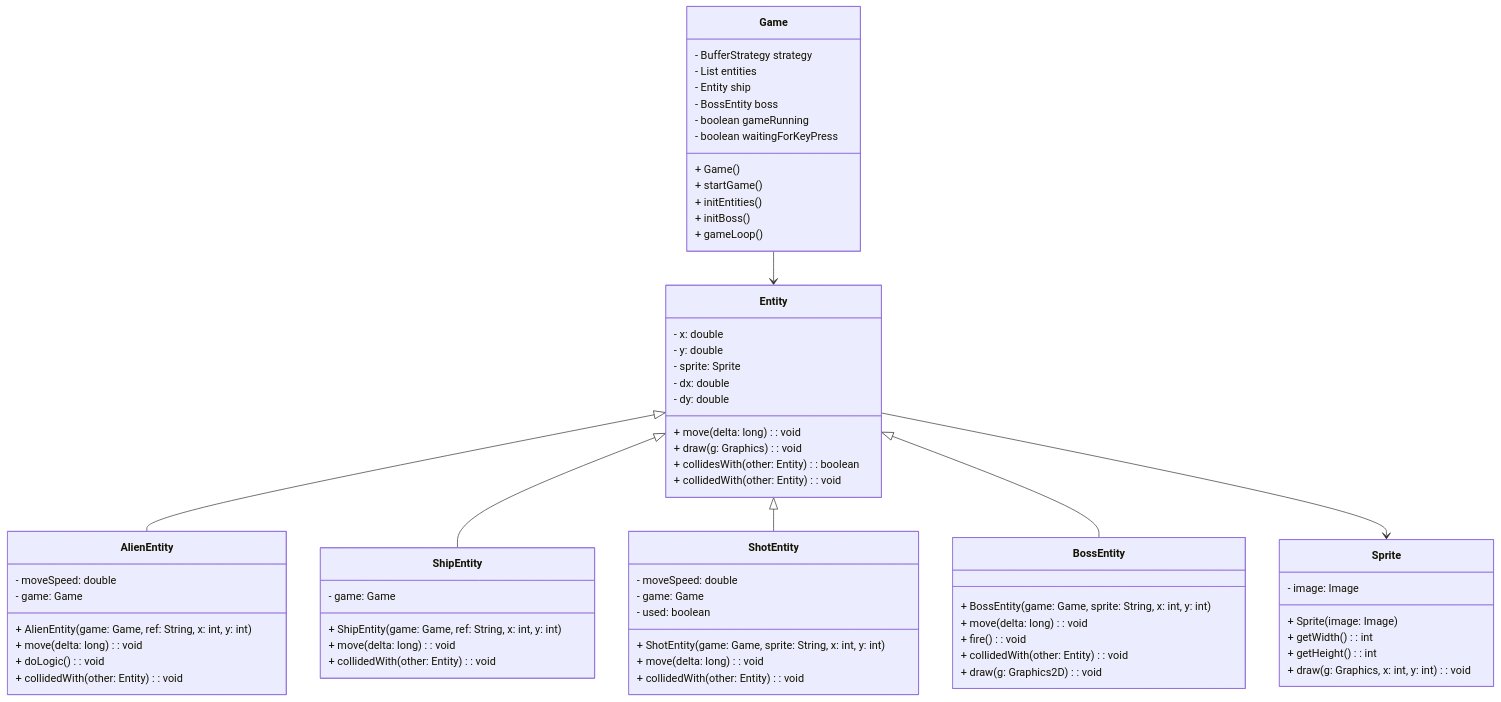
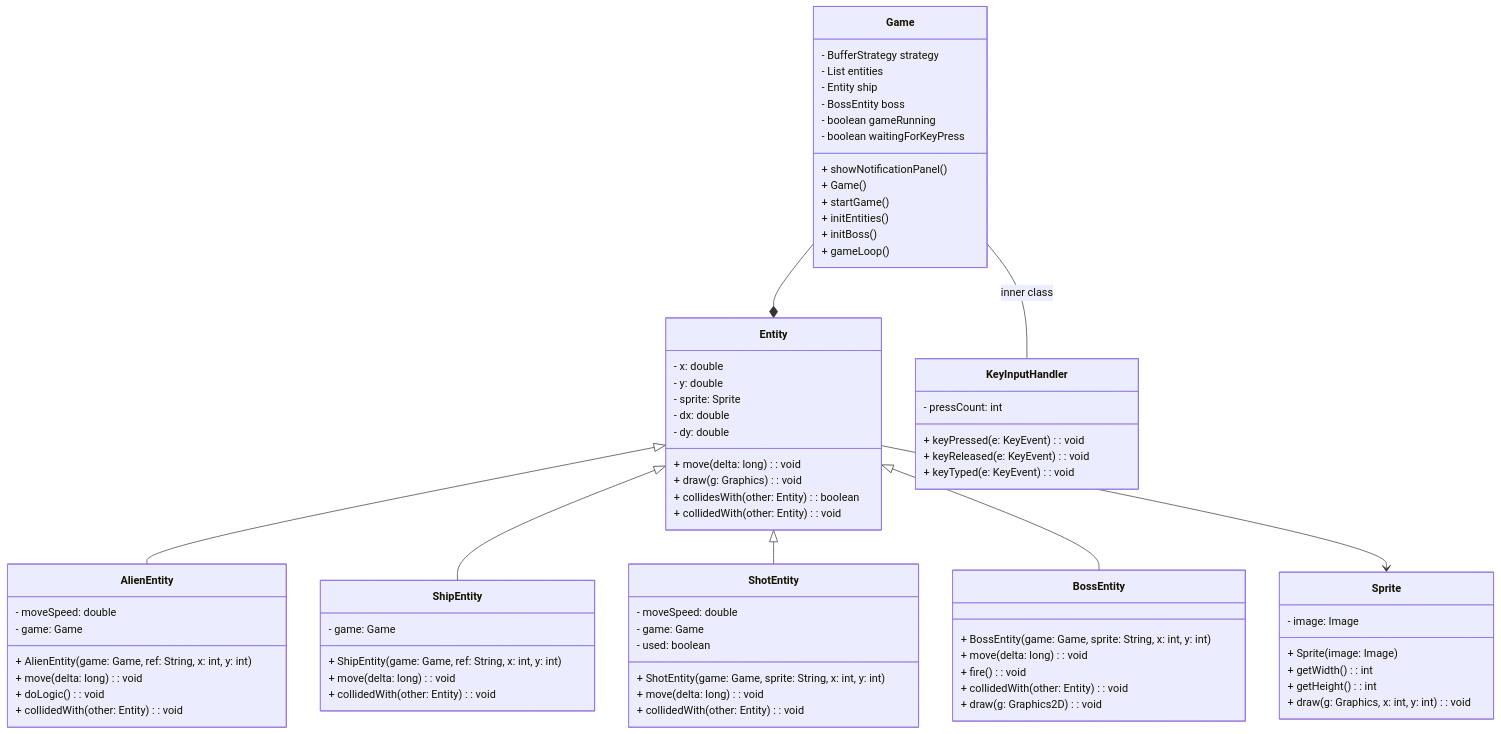
One commit to unibo-lp-pss-projects/student-project-pss23-spaceinvaders2.0-proietti-minichini-binazzi changed the diagram in README.md. Above: the diagram before and after it, drawn with Mermaid. The commit also changed other lines of this file and 9 other files, not shown here.

Commit message:
added a second graph to the README

````diff
--- a/README.md
+++ b/README.md
@@ -35,70 +41,82 @@
 ```mermaid
 classDiagram
     Entity <|-- AlienEntity
     Entity <|-- ShipEntity
     Entity <|-- ShotEntity
     Entity <|-- BossEntity
-    Game --> Entity
+    Game --* Entity
     Entity --> Sprite
+    Game -- KeyInputHandler : inner class
+    
+    class Entity {
+        - x: double
+        - y: double
+        - sprite: Sprite
+        - dx: double
+        - dy: double
+        + move(delta: long): void
+        + draw(g: Graphics): void
+        + collidesWith(other: Entity): boolean
+        + collidedWith(other: Entity): void
+    }
 
-    class Entity {
-    - x: double
-    - y: double
-    - sprite: Sprite
-    - dx: double
-    - dy: double
-    + move(delta: long): void
-    + draw(g: Graphics): void
-    + collidesWith(other: Entity): boolean
-    + collidedWith(other: Entity): void
-    }
     class Sprite {
         - image: Image
         + Sprite(image: Image)
         + getWidth(): int
         + getHeight(): int
         + draw(g: Graphics, x: int, y: int): void
     }
     class AlienEntity {
         - moveSpeed: double
         - game: Game
         + AlienEntity(game: Game, ref: String, x: int, y: int)
         + move(delta: long): void
         + doLogic(): void
         + collidedWith(other: Entity): void
     }
     class ShipEntity {
         - game: Game
         + ShipEntity(game: Game, ref: String, x: int, y: int)
         + move(delta: long): void
         + collidedWith(other: Entity): void
     }
     class ShotEntity {
         - moveSpeed: double
         - game: Game
         - used: boolean
         + ShotEntity(game: Game, sprite: String, x: int, y: int)
         + move(delta: long): void
         + collidedWith(other: Entity): void
     }
     class BossEntity {
-    + BossEntity(game: Game, sprite: String, x: int, y: int)
-    + move(delta: long): void
-    + fire(): void
-    + collidedWith(other: Entity): void
-    + draw(g: Graphics2D): void
+        + BossEntity(game: Game, sprite: String, x: int, y: int)
+        + move(delta: long): void
+        + fire(): void
+        + collidedWith(other: Entity): void
+        + draw(g: Graphics2D): void
     }
+
     class Game {
         - BufferStrategy strategy
         - List<Entity> entities
         - Entity ship
         - BossEntity boss
         - boolean gameRunning
         - boolean waitingForKeyPress
+        + showNotificationPanel()
         + Game()
         + startGame()
         + initEntities()
         + initBoss()
         + gameLoop()
     }
+
+    class KeyInputHandler {
+        - pressCount: int
+        + keyPressed(e: KeyEvent): void
+        + keyReleased(e: KeyEvent): void
+        + keyTyped(e: KeyEvent): void
+    }
+
 ```
````
